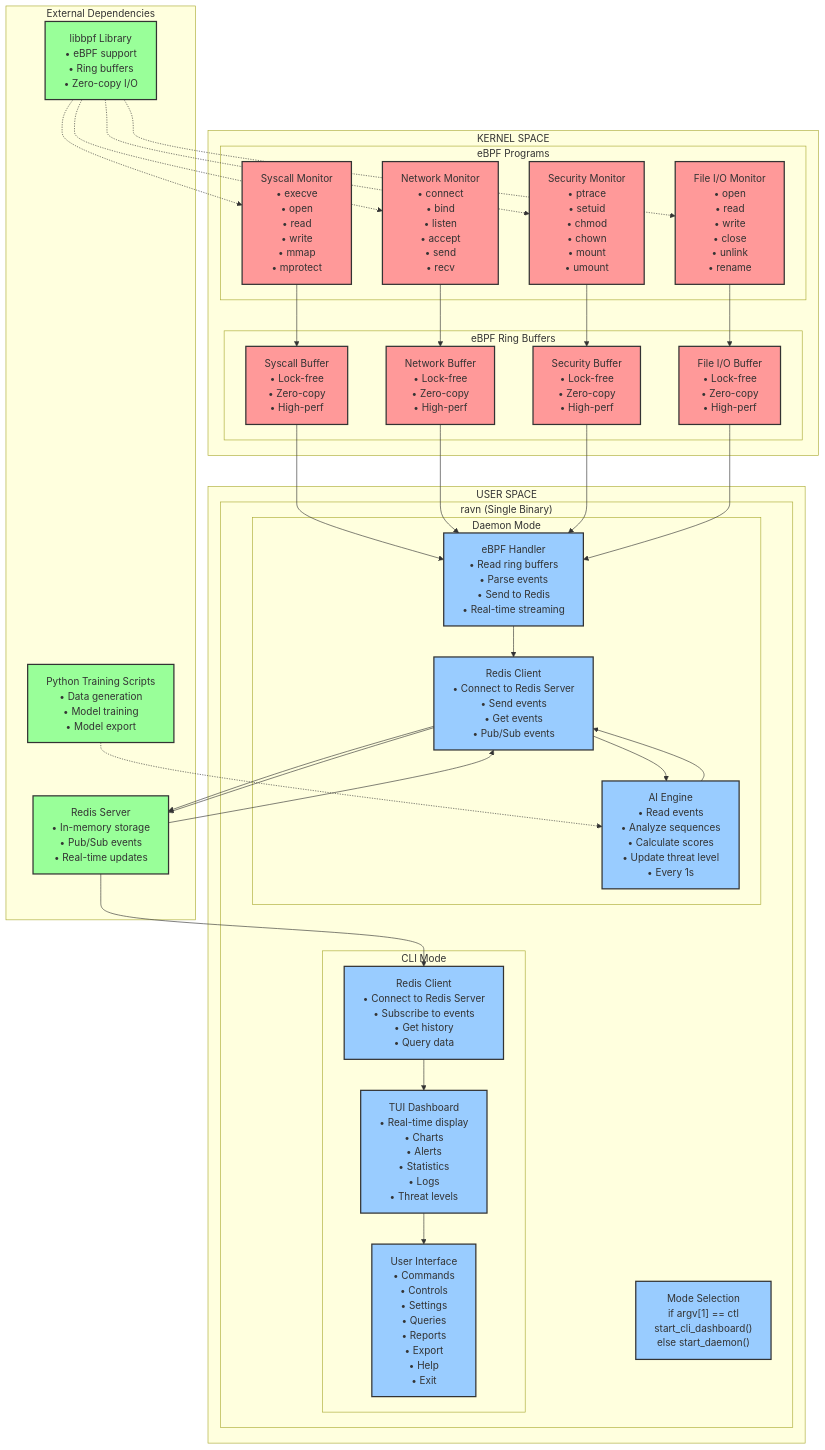
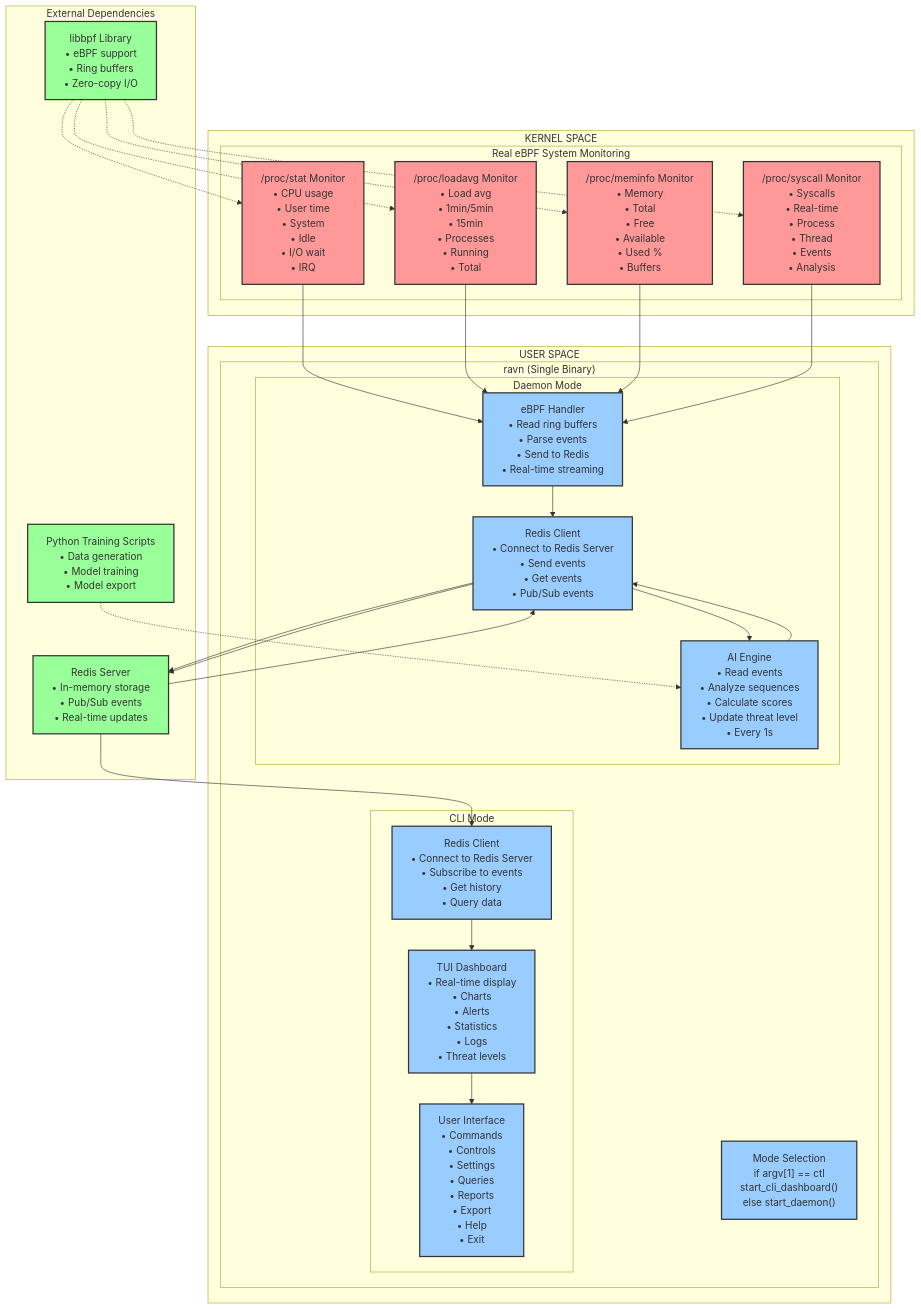
One commit to guy-davidi/ravn changed the first of 4 diagrams in RAVN.md. Above: the diagram before and after it, drawn with Mermaid. The commit also changed other lines of this file and 1 other file, not shown here.

````diff
--- a/RAVN.md
+++ b/RAVN.md
@@ -513,80 +24,68 @@
 ```mermaid
 graph TB
     subgraph KERNEL["KERNEL SPACE"]
-        subgraph EBPF["eBPF Programs"]
-            SC["Syscall Monitor<br/>• execve<br/>• open<br/>• read<br/>• write<br/>• mmap<br/>• mprotect"]
-            NM["Network Monitor<br/>• connect<br/>• bind<br/>• listen<br/>• accept<br/>• send<br/>• recv"]
-            SM["Security Monitor<br/>• ptrace<br/>• setuid<br/>• chmod<br/>• chown<br/>• mount<br/>• umount"]
-            FM["File I/O Monitor<br/>• open<br/>• read<br/>• write<br/>• close<br/>• unlink<br/>• rename"]
-        end
-        
-        subgraph BUFFERS["eBPF Ring Buffers"]
-            SCB["Syscall Buffer<br/>• Lock-free<br/>• Zero-copy<br/>• High-perf"]
-            NMB["Network Buffer<br/>• Lock-free<br/>• Zero-copy<br/>• High-perf"]
-            SMB["Security Buffer<br/>• Lock-free<br/>• Zero-copy<br/>• High-perf"]
-            FMB["File I/O Buffer<br/>• Lock-free<br/>• Zero-copy<br/>• High-perf"]
+        subgraph EBPF["Real eBPF System Monitoring"]
+            CPU["/proc/stat Monitor<br/>• CPU usage<br/>• User time<br/>• System<br/>• Idle<br/>• I/O wait<br/>• IRQ"]
+            LOAD["/proc/loadavg Monitor<br/>• Load avg<br/>• 1min/5min<br/>• 15min<br/>• Processes<br/>• Running<br/>• Total"]
+            MEM["/proc/meminfo Monitor<br/>• Memory<br/>• Total<br/>• Free<br/>• Available<br/>• Used %<br/>• Buffers"]
+            SYS["/proc/syscall Monitor<br/>• Syscalls<br/>• Real-time<br/>• Process<br/>• Thread<br/>• Events<br/>• Analysis"]
         end
     end
     
     subgraph USER["USER SPACE"]
         subgraph RAVN["ravn (Single Binary)"]
             MS["Mode Selection<br/>if argv[1] == ctl<br/>start_cli_dashboard()<br/>else start_daemon()"]
             
             subgraph DAEMON["Daemon Mode"]
                 EH["eBPF Handler<br/>• Read ring buffers<br/>• Parse events<br/>• Send to Redis<br/>• Real-time streaming"]
                 RC1["Redis Client<br/>• Connect to Redis Server<br/>• Send events<br/>• Get events<br/>• Pub/Sub events"]
                 AI["AI Engine<br/>• Read events<br/>• Analyze sequences<br/>• Calculate scores<br/>• Update threat level<br/>• Every 1s"]
             end
             
             subgraph CLI["CLI Mode"]
                 RC2["Redis Client<br/>• Connect to Redis Server<br/>• Subscribe to events<br/>• Get history<br/>• Query data"]
                 TUI["TUI Dashboard<br/>• Real-time display<br/>• Charts<br/>• Alerts<br/>• Statistics<br/>• Logs<br/>• Threat levels"]
                 UI["User Interface<br/>• Commands<br/>• Controls<br/>• Settings<br/>• Queries<br/>• Reports<br/>• Export<br/>• Help<br/>• Exit"]
             end
         end
     end
     
     subgraph EXTERNAL["External Dependencies"]
         RS["Redis Server<br/>• In-memory storage<br/>• Pub/Sub events<br/>• Real-time updates"]
         LB["libbpf Library<br/>• eBPF support<br/>• Ring buffers<br/>• Zero-copy I/O"]
         PS["Python Training Scripts<br/>• Data generation<br/>• Model training<br/>• Model export"]
     end
     
     %% Data Flow Connections
-    SC --> SCB
-    NM --> NMB
-    SM --> SMB
-    FM --> FMB
-    
-    SCB --> EH
-    NMB --> EH
-    SMB --> EH
-    FMB --> EH
+    CPU --> EH
+    LOAD --> EH
+    MEM --> EH
+    SYS --> EH
     
     EH --> RC1
     RC1 --> RS
     RS --> RC1
     RC1 --> AI
     AI --> RC1
     RC1 --> RS
     
     RS --> RC2
     RC2 --> TUI
     TUI --> UI
     
     %% External Dependencies
-    LB -.-> SC
-    LB -.-> NM
-    LB -.-> SM
-    LB -.-> FM
+    LB -.-> CPU
+    LB -.-> LOAD
+    LB -.-> MEM
+    LB -.-> SYS
     PS -.-> AI
     
     %% Styling
     classDef kernelSpace fill:#ff9999,stroke:#333,stroke-width:2px
     classDef userSpace fill:#99ccff,stroke:#333,stroke-width:2px
     classDef external fill:#99ff99,stroke:#333,stroke-width:2px
     
-    class SC,NM,SM,FM,SCB,NMB,SMB,FMB kernelSpace
+    class CPU,LOAD,MEM,SYS kernelSpace
     class MS,EH,RC1,AI,RC2,TUI,UI userSpace
     class RS,LB,PS external
 ```
````
